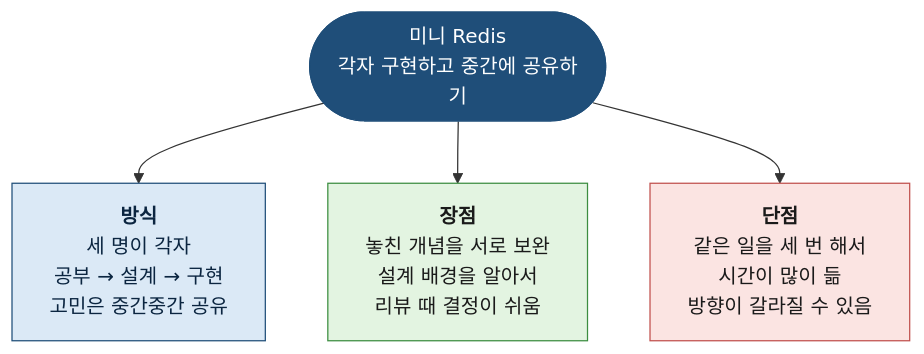
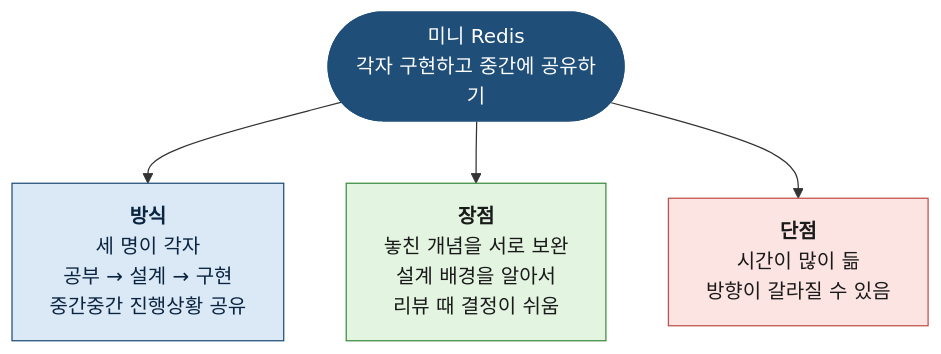
Before and after one commit to 1224kang/mola-survival: the first of 2 diagrams in README.md, drawn with Mermaid. The commit also changed other lines of this file and 8 other files, not shown here.

````diff
--- a/README.md
+++ b/README.md
@@ -7,16 +7,16 @@
 ```mermaid
 flowchart TB
     T(["미니 Redis<br/>각자 구현하고 중간에 공유하기"])
-    T --> H["<b>방식</b><br/>세 명이 각자<br/>공부 → 설계 → 구현<br/>고민은 중간중간 공유"]
+    T --> H["<b>방식</b><br/>세 명이 각자<br/>공부 → 설계 → 구현<br/>중간중간 진행상황 공유"]
     T --> G["<b>장점</b><br/>놓친 개념을 서로 보완<br/>설계 배경을 알아서<br/>리뷰 때 결정이 쉬움"]
-    T --> B["<b>단점</b><br/>같은 일을 세 번 해서<br/>시간이 많이 듦<br/>방향이 갈라질 수 있음"]
+    T --> B["<b>단점</b><br/>시간이 많이 듦<br/>방향이 갈라질 수 있음"]
 
     classDef topic fill:#1f4e79,stroke:#1f4e79,color:#ffffff
     classDef how fill:#dbe9f6,stroke:#1f4e79,color:#0b2540
     classDef good fill:#e3f4e1,stroke:#3c8d40,color:#1a1a1a
     classDef bad fill:#fbe4e2,stroke:#c0504d,color:#1a1a1a
     class T topic
     class H how
     class G good
     class B bad
 ```
````
